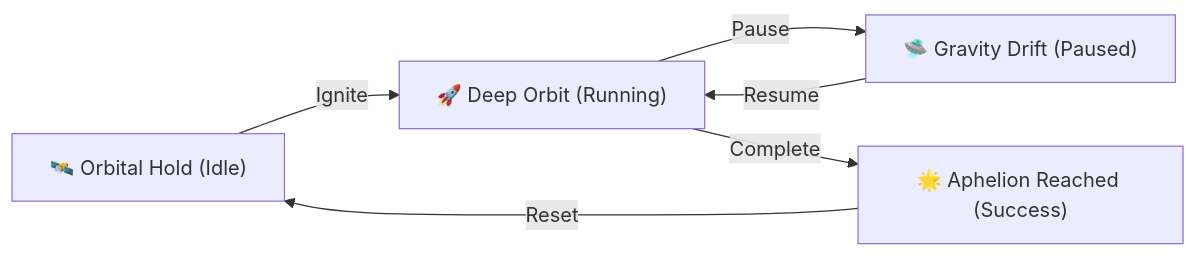
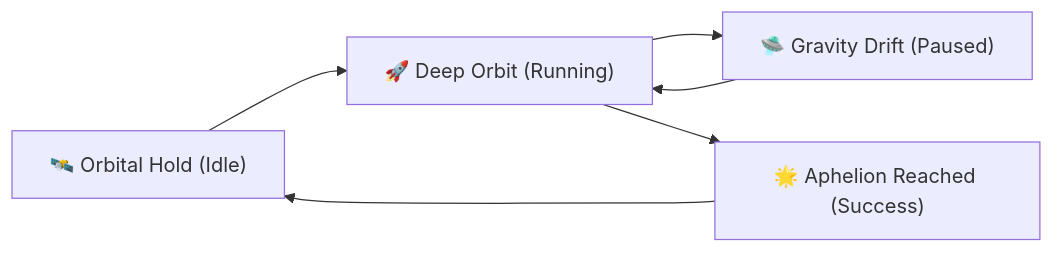
Before and after one commit to AdhNaufall/T-Nebula: the diagram in README.md, drawn with Mermaid. The commit also changed other lines of this file, not shown here.

````diff
--- a/README.md
+++ b/README.md
@@ -105,8 +77,8 @@
 ```mermaid
 graph LR
-    A["🛰️ Orbital Hold (Idle)"] -->|Ignite| B["🚀 Deep Orbit (Running)"]
-    B -->|Pause| C["🛸 Gravity Drift (Paused)"]
-    C -->|Resume| B
-    B -->|Complete| D["🌟 Aphelion Reached (Success)"]
-    D -->|Reset| A
+    A["🛰️ Orbital Hold (Idle)"] --> B["🚀 Deep Orbit (Running)"]
+    B --> C["🛸 Gravity Drift (Paused)"]
+    C --> B
+    B --> D["🌟 Aphelion Reached (Success)"]
+    D --> A
 ```
````
